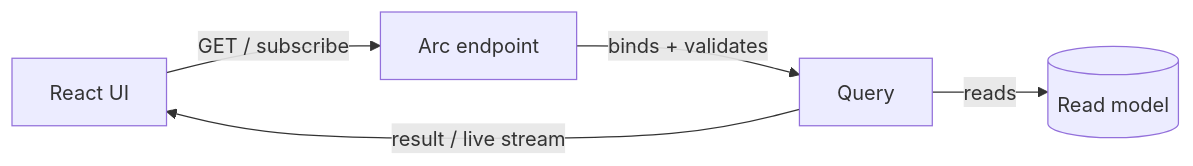
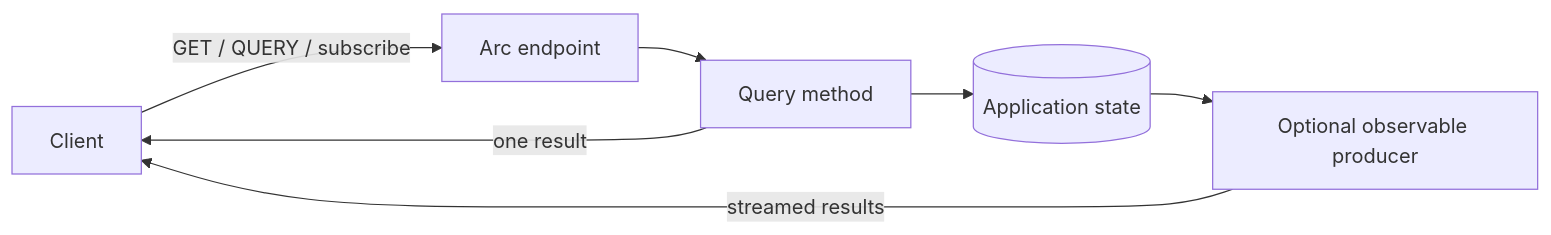
One commit to Cratis/Arc changed the diagram in Documentation/backend/queries/index.md. Above: the diagram before and after it, drawn with Mermaid. The commit also changed other lines of this file and 272 other files, not shown here.

````diff
--- a/Documentation/backend/queries/index.md
+++ b/Documentation/backend/queries/index.md
@@ -13,7 +23,9 @@
 ```mermaid
 flowchart LR
-    UI[React UI] -->|GET / subscribe| EP[Arc endpoint]
-    EP -->|binds + validates| Q[Query]
-    Q -->|reads| RM[(Read model)]
-    Q -->|result / live stream| UI
+    UI[Client] -->|GET / QUERY / subscribe| Arc[Arc endpoint]
+    Arc --> Query[Query method]
+    Query --> State[(Application state)]
+    State --> Producer[Optional observable producer]
+    Query -->|one result| UI
+    Producer -->|streamed results| UI
 ```
````
